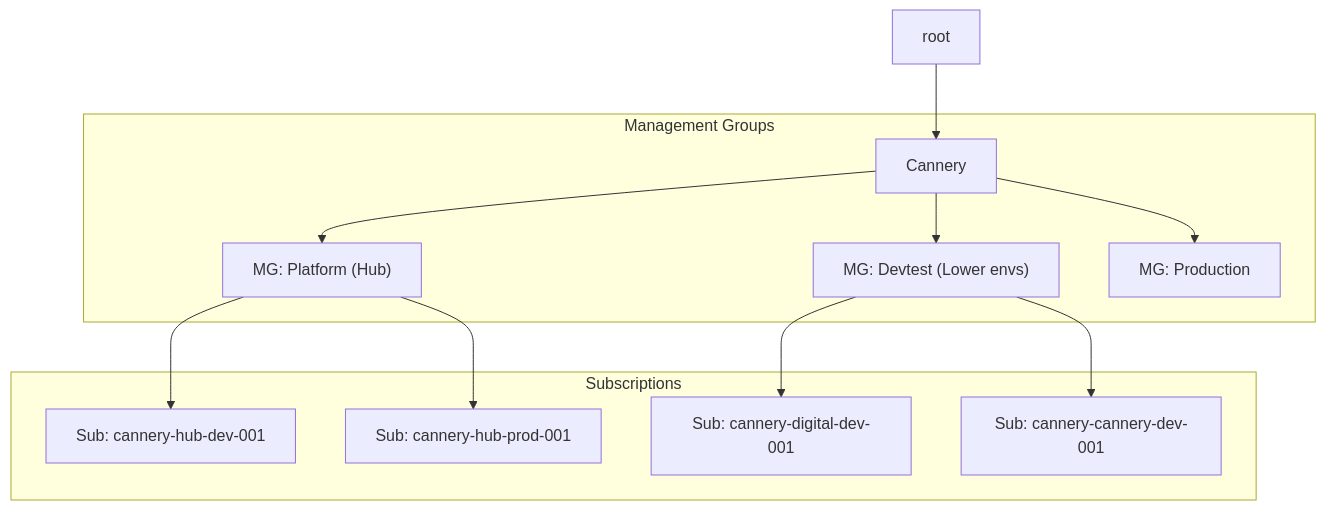
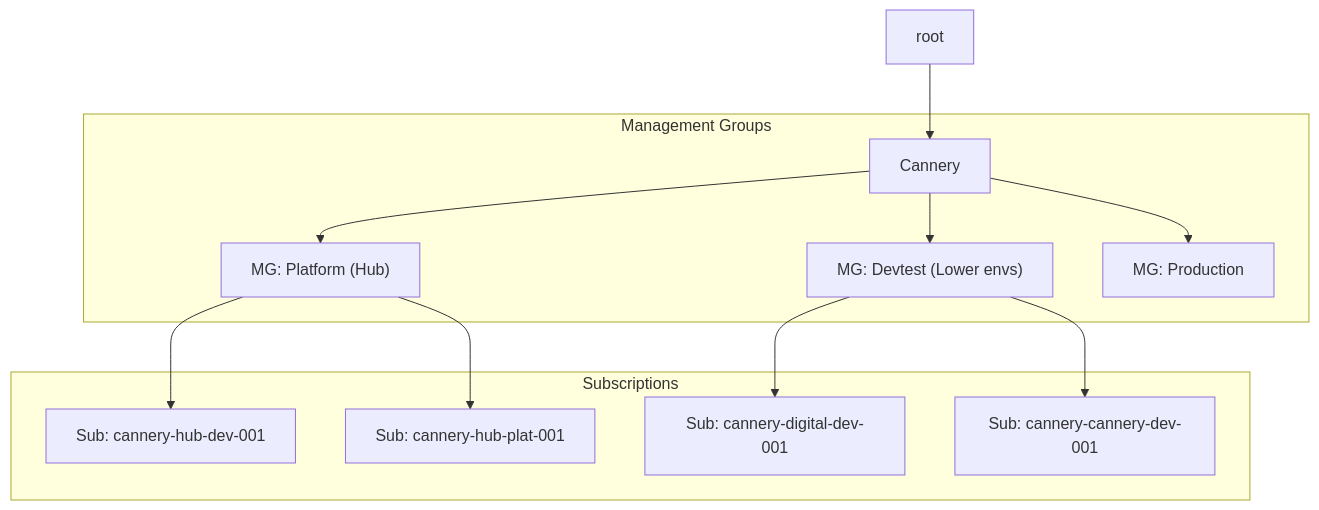
One commit to goodtocode/azure-arm changed the sixth of 6 diagrams in esa-hub.md. Above: the diagram before and after it, drawn with Mermaid. The commit also changed other lines of this file and 19 other files, not shown here.

````diff
--- a/esa-hub.md
+++ b/esa-hub.md
@@ -214,24 +214,24 @@
 ```mermaid
 flowchart TB
   rootNode["root"]
   subgraph MG ["Management Groups"]
     Cannery["Cannery"]
     Platform["MG: Platform (Hub)"]
     Devtest["MG: Devtest (Lower envs)"]
     Production["MG: Production"]
   end
   rootNode --> Cannery
   Cannery --> Platform
   Cannery --> Devtest
   Cannery --> Production
   subgraph SUBS ["Subscriptions"]
     subHubDev["Sub: cannery-hub-dev-001"]
-    subHubProd["Sub: cannery-hub-prod-001"]
+    subHubProd["Sub: cannery-hub-plat-001"]
     subDigitalDev["Sub: cannery-digital-dev-001"]
     subCanneryDev["Sub: cannery-cannery-dev-001"]
   end
   Platform --> subHubDev
   Platform --> subHubProd
   Devtest --> subDigitalDev
   Devtest --> subCanneryDev
 ```
````
